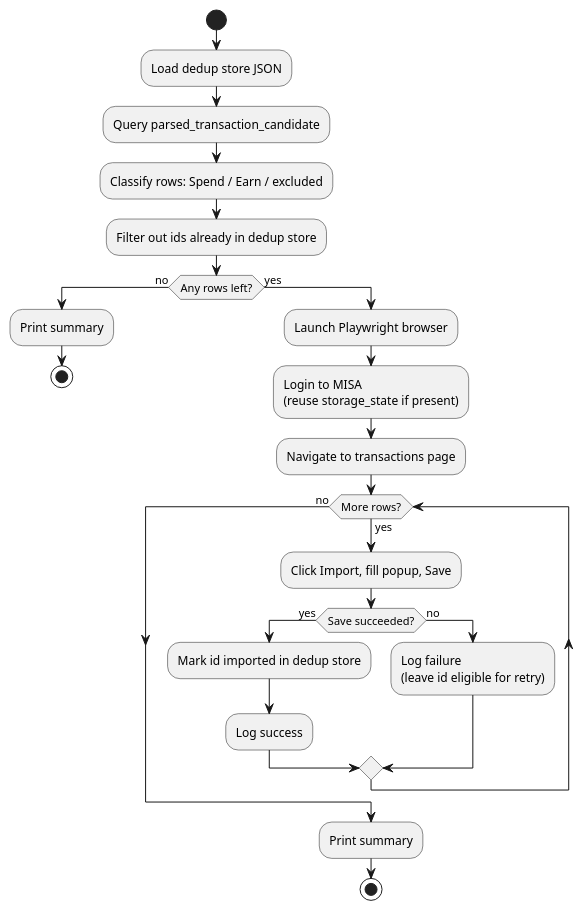
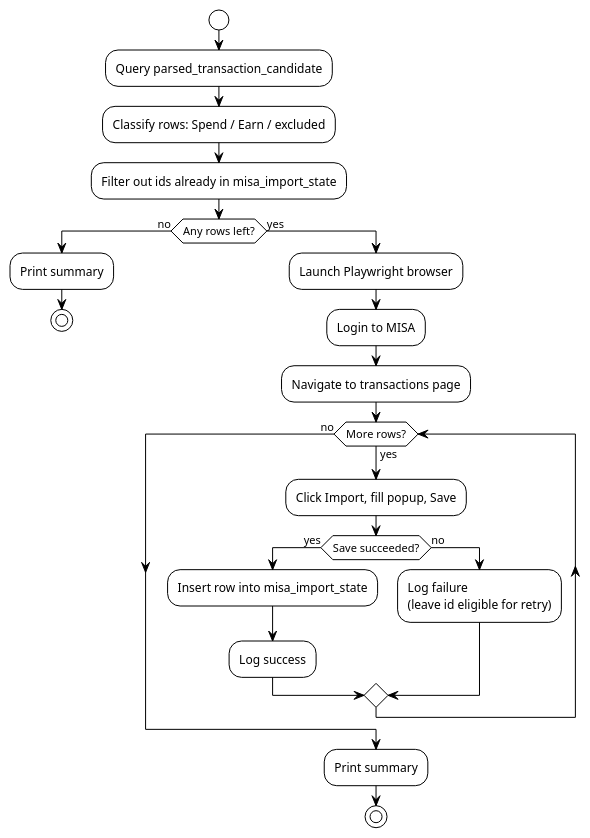
The diagram in ai/update_misa_implementation/update_misa_design.md (PhanCuong91/SpendSense), drawn with PlantUML before and after one commit. The commit also changed other lines of this file and 18 other files, not shown here.

First line of the commit message:
feat: Add MisaImportState model and database migration

````diff
--- a/ai/update_misa_implementation/update_misa_design.md
+++ b/ai/update_misa_implementation/update_misa_design.md
@@ -62,28 +73,29 @@
 ```plantuml
-@startuml
+@startuml MISA_Import_Flow
+!theme plain
+
 start
-:Load dedup store JSON;
 :Query parsed_transaction_candidate;
 :Classify rows: Spend / Earn / excluded;
-:Filter out ids already in dedup store;
+:Filter out ids already in misa_import_state;
 if (Any rows left?) then (no)
   :Print summary;
   stop
 else (yes)
   :Launch Playwright browser;
-  :Login to MISA\n(reuse storage_state if present);
+  :Login to MISA;
   :Navigate to transactions page;
   while (More rows?) is (yes)
     :Click Import, fill popup, Save;
     if (Save succeeded?) then (yes)
-      :Mark id imported in dedup store;
+      :Insert row into misa_import_state;
       :Log success;
     else (no)
       :Log failure\n(leave id eligible for retry);
     endif
   endwhile (no)
   :Print summary;
   stop
 endif
 @enduml
 ```
````
